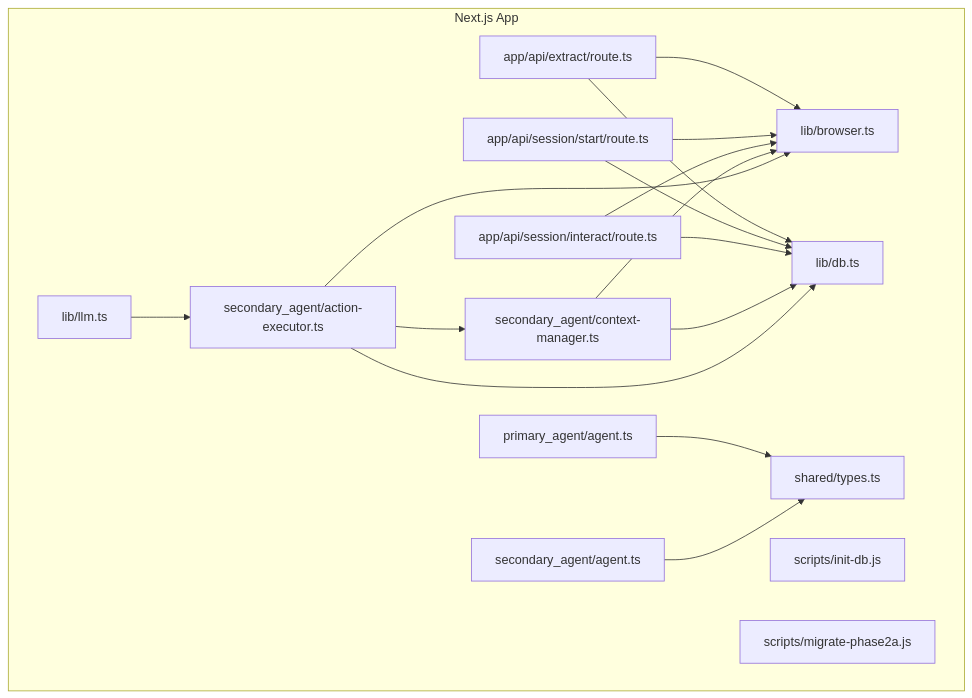
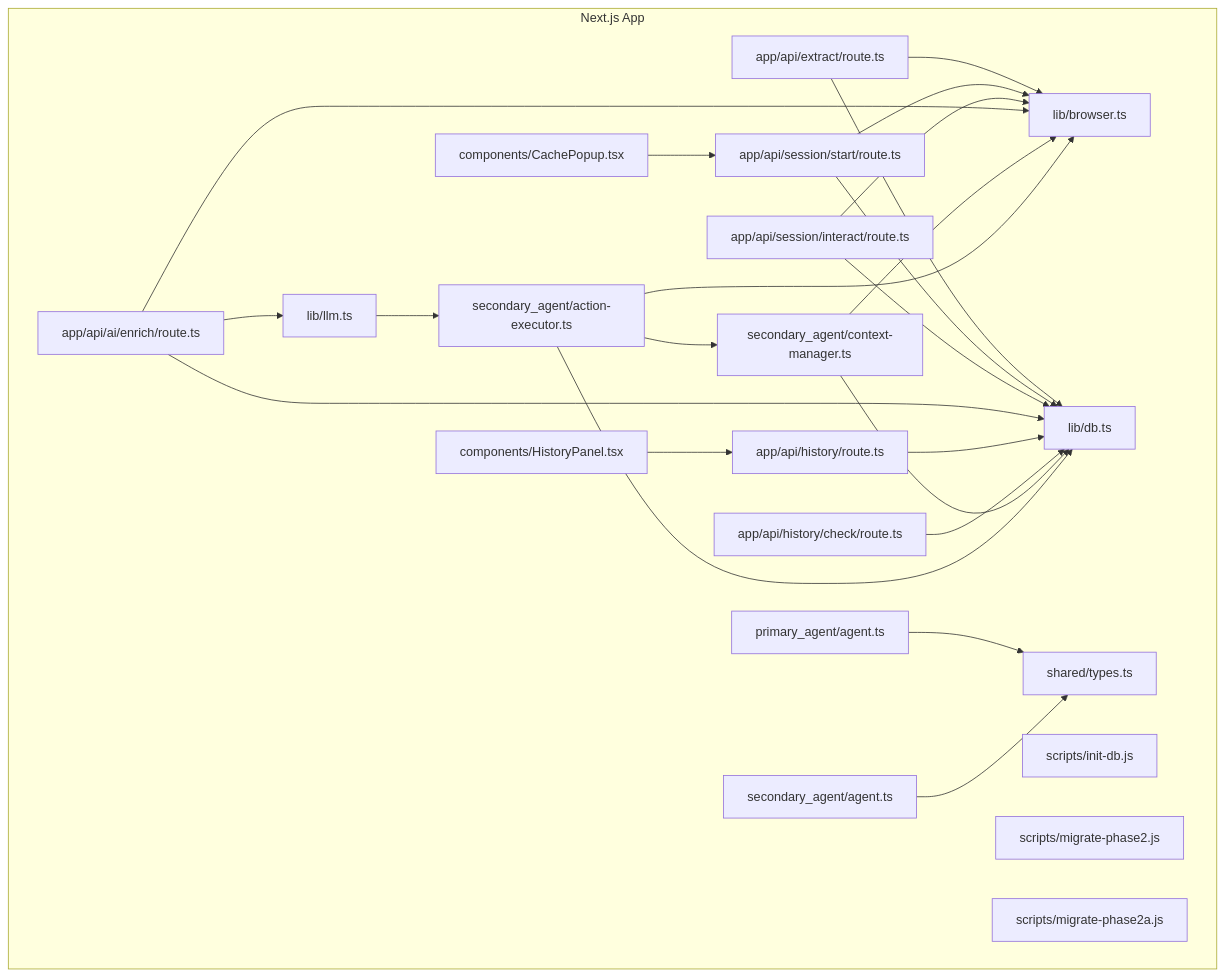
One commit to alikhan37544/InteractGenxSRM-1 changed the first of 14 diagrams in .qoder/repowiki/en/content/Extraction Script System/Extraction Script System.md. Above: the diagram before and after it, drawn with Mermaid. The commit also changed other lines of this file and 6645 other files, not shown here.

````diff
--- a/.qoder/repowiki/en/content/Extraction Script System/Extraction Script System.md
+++ b/.qoder/repowiki/en/content/Extraction Script System/Extraction Script System.md
@@ -47,32 +64,45 @@
 ```mermaid
 graph TB
 subgraph "Next.js App"
 A["app/api/extract/route.ts"]
 B["app/api/session/start/route.ts"]
 C["app/api/session/interact/route.ts"]
-D["lib/db.ts"]
-E["lib/browser.ts"]
-F["lib/llm.ts"]
-G["shared/types.ts"]
-H["primary_agent/agent.ts"]
-I["secondary_agent/agent.ts"]
-J["secondary_agent/context-manager.ts"]
-K["secondary_agent/action-executor.ts"]
-L["scripts/init-db.js"]
-M["scripts/migrate-phase2a.js"]
+D["app/api/ai/enrich/route.ts"]
+E["app/api/history/route.ts"]
+F["app/api/history/check/route.ts"]
+G["lib/db.ts"]
+H["lib/browser.ts"]
+I["lib/llm.ts"]
+J["shared/types.ts"]
+K["primary_agent/agent.ts"]
+L["secondary_agent/agent.ts"]
+M["secondary_agent/context-manager.ts"]
+N["secondary_agent/action-executor.ts"]
+O["components/CachePopup.tsx"]
+P["components/HistoryPanel.tsx"]
+Q["scripts/init-db.js"]
+R["scripts/migrate-phase2.js"]
+S["scripts/migrate-phase2a.js"]
 end
-A --> E
-A --> D
-B --> E
-B --> D
-C --> E
-C --> D
-H --> G
-I --> G
-J --> D
-J --> E
-K --> E
-K --> D
+A --> H
+A --> G
+B --> H
+B --> G
+C --> H
+C --> G
+D --> H
+D --> I
+D --> G
+E --> G
+F --> G
 K --> J
-F --> K
+L --> J
+M --> G
+M --> H
+N --> H
+N --> G
+N --> M
+I --> N
+O --> B
+P --> E
 ```
````
